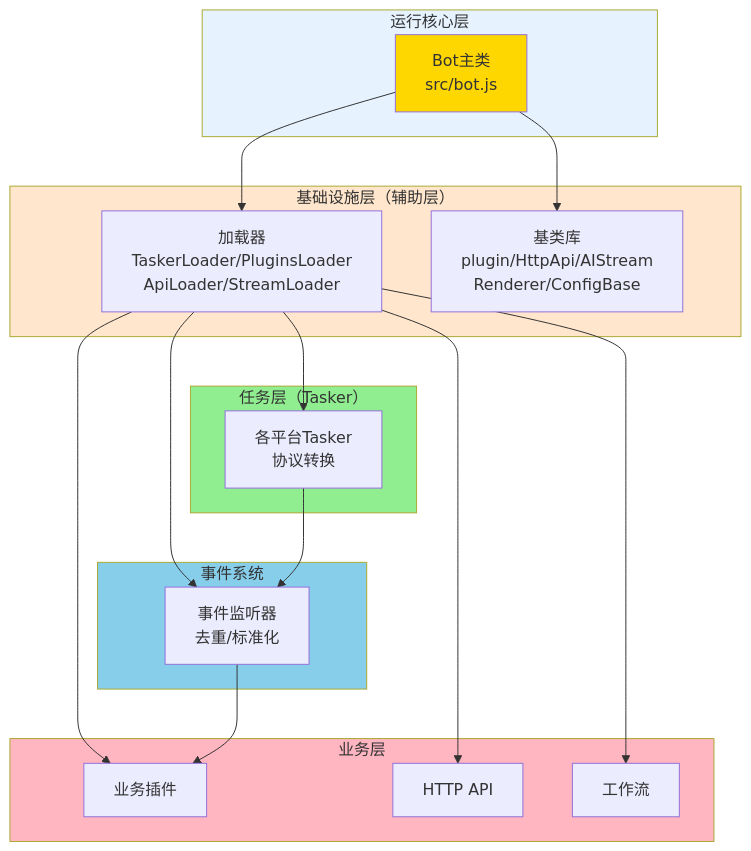
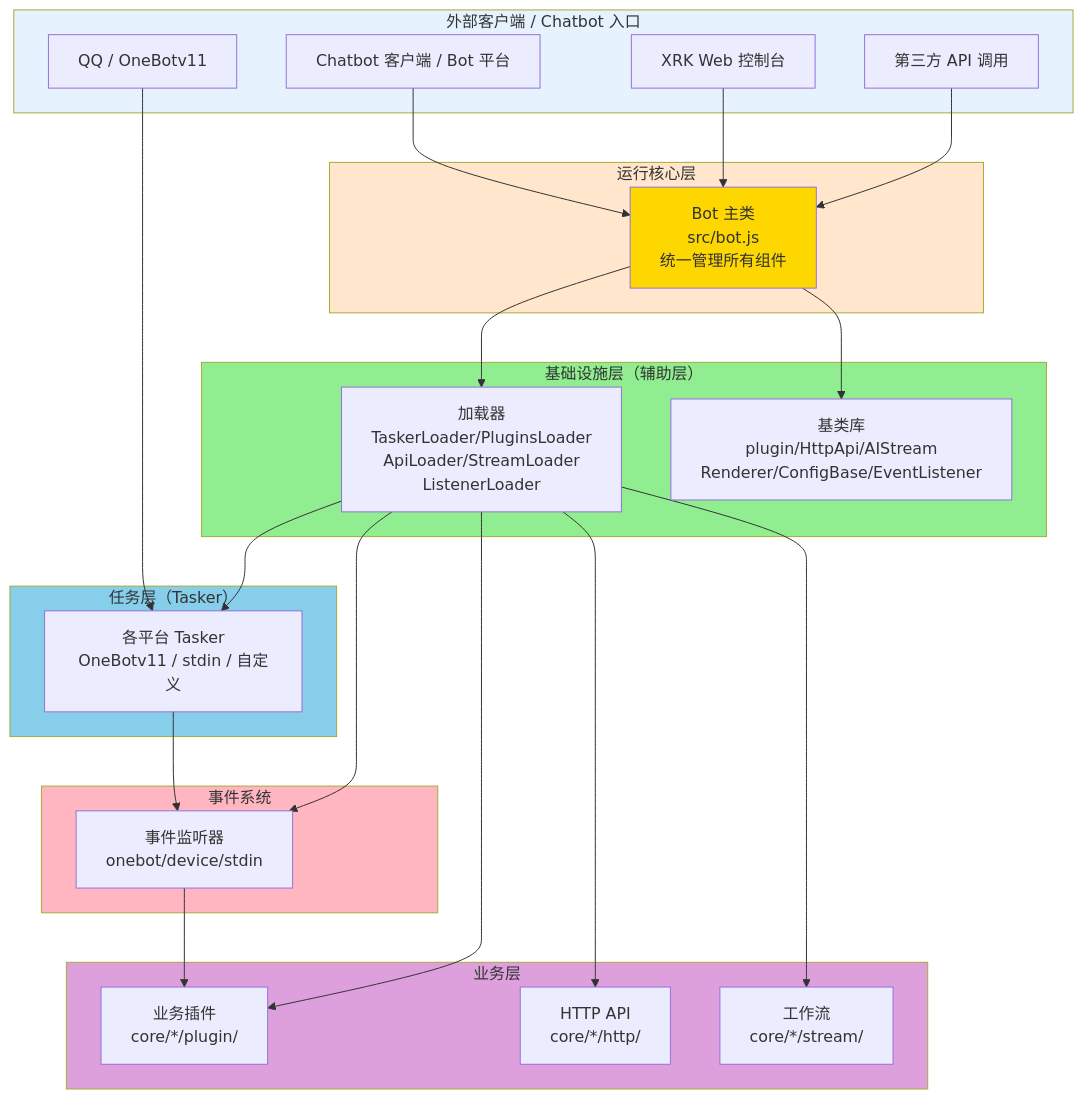
One commit to sunflowermm/XRK-AGT changed the diagram in docs/README.md. Above: the diagram before and after it, drawn with Mermaid. The commit also changed other lines of this file and 14 other files, not shown here.

````diff
--- a/docs/README.md
+++ b/docs/README.md
@@ -21,43 +21,56 @@
 ```mermaid
 flowchart TB
+    subgraph Clients["外部客户端 / Chatbot 入口"]
+        QQ["QQ / OneBotv11"]
+        ChatbotClient["Chatbot 客户端 / Bot 平台"]
+        WebUI["XRK Web 控制台"]
+        ThirdAPI["第三方 API 调用"]
+    end
+
     subgraph Runtime["运行核心层"]
-        Bot["Bot主类<br/>src/bot.js"]
+        Bot["Bot 主类<br/>src/bot.js<br/>统一管理所有组件"]
     end
-    
-    subgraph Infra["基础设施层（辅助层）"]
-        Loaders["加载器<br/>TaskerLoader/PluginsLoader<br/>ApiLoader/StreamLoader"]
-        BaseClasses["基类库<br/>plugin/HttpApi/AIStream<br/>Renderer/ConfigBase"]
+
+    subgraph Infrastructure["基础设施层（辅助层）"]
+        Loaders["加载器<br/>TaskerLoader/PluginsLoader<br/>ApiLoader/StreamLoader<br/>ListenerLoader"]
+        BaseClasses["基类库<br/>plugin/HttpApi/AIStream<br/>Renderer/ConfigBase/EventListener"]
     end
-    
+
     subgraph Tasker["任务层（Tasker）"]
-        Taskers["各平台Tasker<br/>协议转换"]
+        Taskers["各平台 Tasker<br/>OneBotv11 / stdin / 自定义"]
     end
-    
+
     subgraph Events["事件系统"]
-        Listeners["事件监听器<br/>去重/标准化"]
+        Listeners["事件监听器<br/>onebot/device/stdin"]
     end
-    
+
     subgraph Business["业务层"]
-        Plugins["业务插件"]
-        APIs["HTTP API"]
-        Streams["工作流"]
+        Plugins["业务插件<br/>core/*/plugin/"]
+        APIs["HTTP API<br/>core/*/http/"]
+        Streams["工作流<br/>core/*/stream/"]
     end
-    
+
+    QQ --> Taskers
+    ChatbotClient --> Bot
+    WebUI --> Bot
+    ThirdAPI --> Bot
+
     Bot --> Loaders
     Bot --> BaseClasses
     Loaders --> Taskers
     Loaders --> Listeners
     Loaders --> Plugins
     Loaders --> APIs
     Loaders --> Streams
     Taskers --> Listeners
     Listeners --> Plugins
-    
-    style Runtime fill:#E6F3FF
-    style Infra fill:#FFE6CC
-    style Tasker fill:#90EE90
-    style Events fill:#87CEEB
-    style Business fill:#FFB6C1
-    
+
+    style Clients fill:#E6F3FF
+    style Runtime fill:#FFE6CC
+    style Infrastructure fill:#90EE90
+    style Tasker fill:#87CEEB
+    style Events fill:#FFB6C1
+    style Business fill:#DDA0DD
+
     style Bot fill:#FFD700
 ```
````
